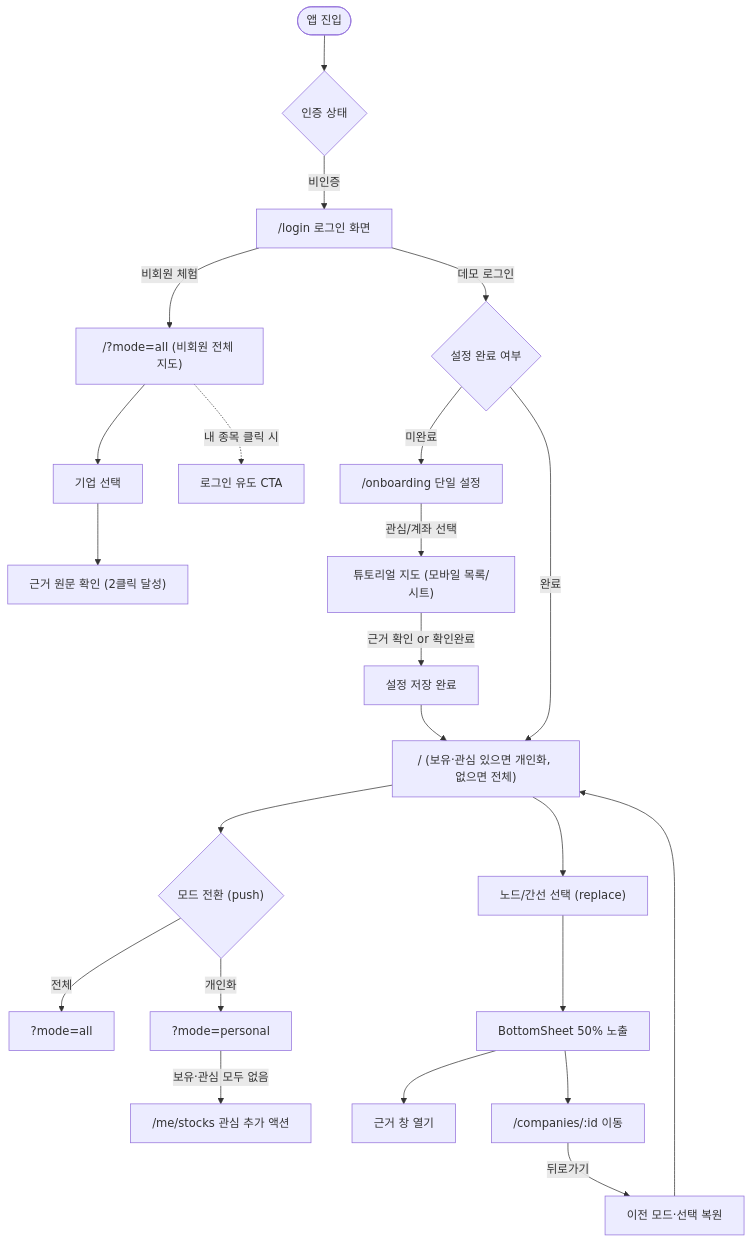
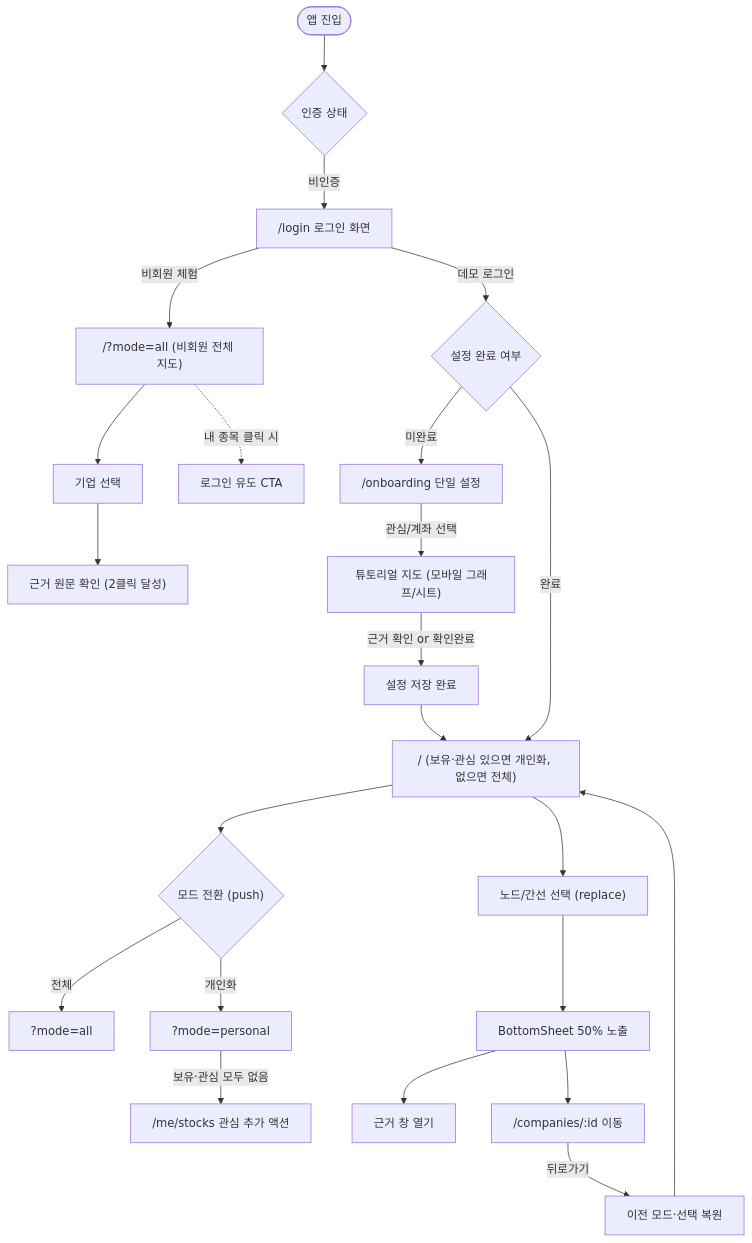
Before and after one commit to Donbug/zoop: the diagram in docs/design/design-direction.md, drawn with Mermaid. The commit also changed other lines of this file and 656 other files, not shown here.

````diff
--- a/docs/design/design-direction.md
+++ b/docs/design/design-direction.md
@@ -710,32 +656,32 @@
 ```mermaid
 flowchart TD
     Start([앱 진입]) --> CheckAuth{인증 상태}
     
     CheckAuth -->|비인증| Login["/login 로그인 화면"]
     Login -->|비회원 체험| GuestMain["/?mode=all (비회원 전체 지도)"]
     Login -->|데모 로그인| CheckSetup{설정 완료 여부}
     
     CheckSetup -->|미완료| Onboarding["/onboarding 단일 설정"]
-    Onboarding -->|관심/계좌 선택| Tutorial["튜토리얼 지도 (모바일 목록/시트)"]
+    Onboarding -->|관심/계좌 선택| Tutorial["튜토리얼 지도 (모바일 그래프/시트)"]
     Tutorial -->|근거 확인 or 확인완료| SetComplete["설정 저장 완료"]
     SetComplete --> MemberMain
     
     CheckSetup -->|완료| MemberMain["/ (보유·관심 있으면 개인화, 없으면 전체)"]
     
     GuestMain --> SelectGuestNode["기업 선택"]
     SelectGuestNode --> GuestEvidence["근거 원문 확인 (2클릭 달성)"]
     GuestMain -.->|내 종목 클릭 시| LoginModal["로그인 유도 CTA"]
     
     MemberMain --> ModeSwitch{"모드 전환 (push)"}
     ModeSwitch -->|전체| M1["?mode=all"]
     ModeSwitch -->|개인화| M2["?mode=personal"]
     
     M2 -->|보유·관심 모두 없음| AddWatch["/me/stocks 관심 추가 액션"]
     
     MemberMain --> SelectNode["노드/간선 선택 (replace)"]
     SelectNode --> BottomSheet["BottomSheet 50% 노출"]
     BottomSheet --> OpenEvidence["근거 창 열기"]
     BottomSheet --> OpenCompany["/companies/:id 이동"]
     OpenCompany -->|뒤로가기| Restore["이전 모드·선택 복원"]
     Restore --> MemberMain
 ```
````
